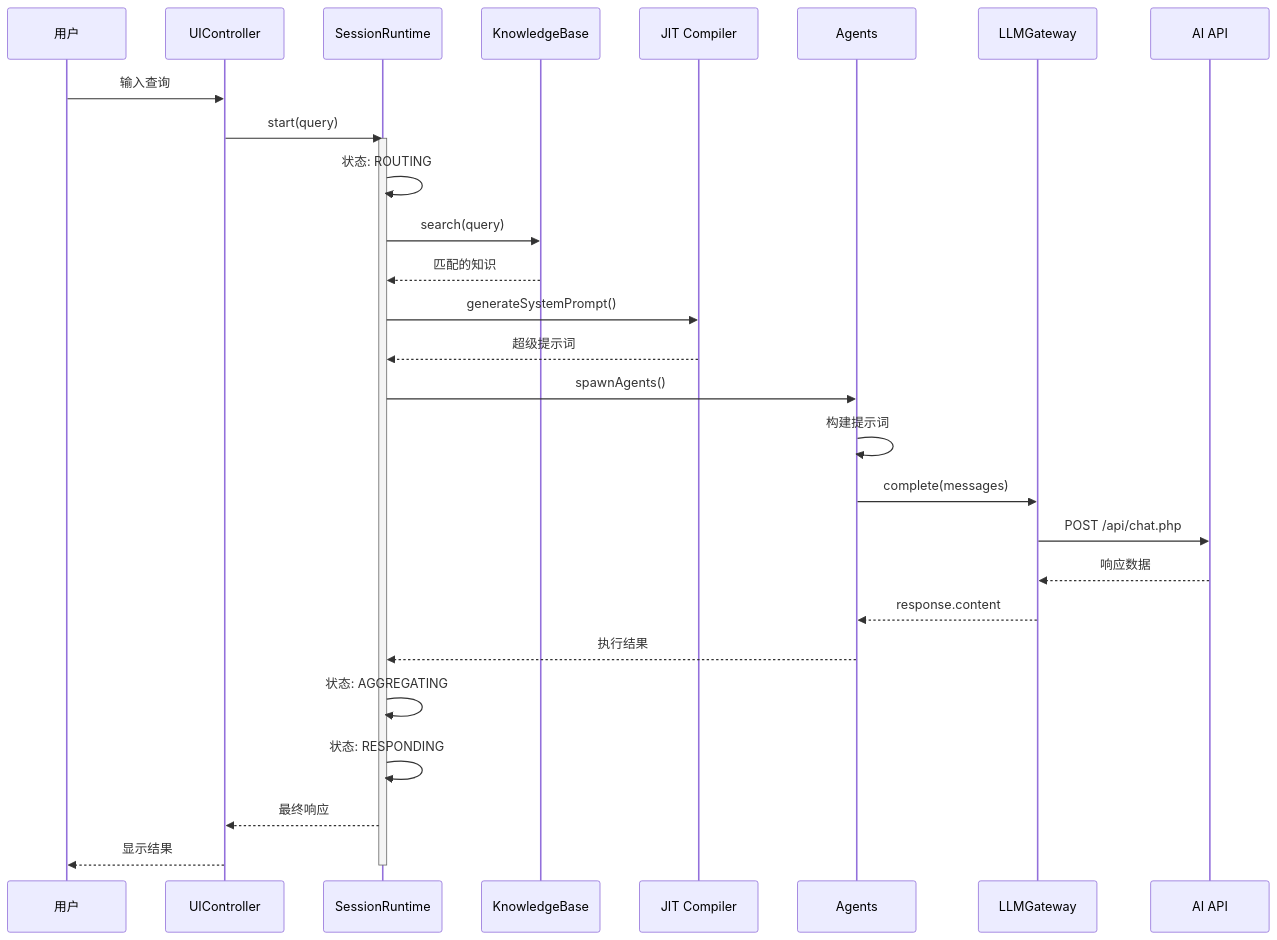
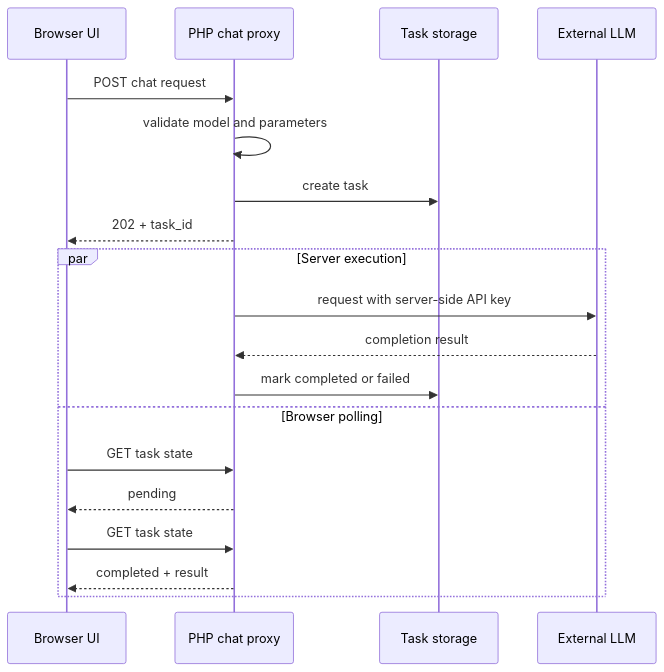
One commit to yui277/GH-AI-helper changed the second of 6 diagrams in DATA-FLOW.md. Above: the diagram before and after it, drawn with Mermaid. The commit also changed other lines of this file and 9 other files, not shown here.

Commit message:
docs: refine public technical architecture

````diff
--- a/DATA-FLOW.md
+++ b/DATA-FLOW.md
@@ -82,39 +43,22 @@
 ```mermaid
 sequenceDiagram
-    participant User as 用户
-    participant UI as UIController
-    participant Runtime as SessionRuntime
-    participant KB as KnowledgeBase
-    participant JIT as JIT Compiler
-    participant Agent as Agents
-    participant LLM as LLMGateway
-    participant API as AI API
-    
-    User->>UI: 输入查询
-    UI->>Runtime: start(query)
-    
-    activate Runtime
-    Runtime->>Runtime: 状态: ROUTING
-    
-    Runtime->>KB: search(query)
-    KB-->>Runtime: 匹配的知识
-    
-    Runtime->>JIT: generateSystemPrompt()
-    JIT-->>Runtime: 超级提示词
-    
-    Runtime->>Agent: spawnAgents()
-    Agent->>Agent: 构建提示词
-    
-    Agent->>LLM: complete(messages)
-    LLM->>API: POST /api/chat.php
-    API-->>LLM: 响应数据
-    LLM-->>Agent: response.content
-    
-    Agent-->>Runtime: 执行结果
-    Runtime->>Runtime: 状态: AGGREGATING
-    Runtime->>Runtime: 状态: RESPONDING
-    
-    Runtime-->>UI: 最终响应
-    UI-->>User: 显示结果
-    deactivate Runtime
+    participant UI as Browser UI
+    participant Proxy as PHP chat proxy
+    participant Task as Task storage
+    participant LLM as External LLM
+
+    UI->>Proxy: POST chat request
+    Proxy->>Proxy: validate model and parameters
+    Proxy->>Task: create task
+    Proxy-->>UI: 202 + task_id
+    par Server execution
+        Proxy->>LLM: request with server-side API key
+        LLM-->>Proxy: completion result
+        Proxy->>Task: mark completed or failed
+    and Browser polling
+        UI->>Proxy: GET task state
+        Proxy-->>UI: pending
+        UI->>Proxy: GET task state
+        Proxy-->>UI: completed + result
+    end
 ```
````
